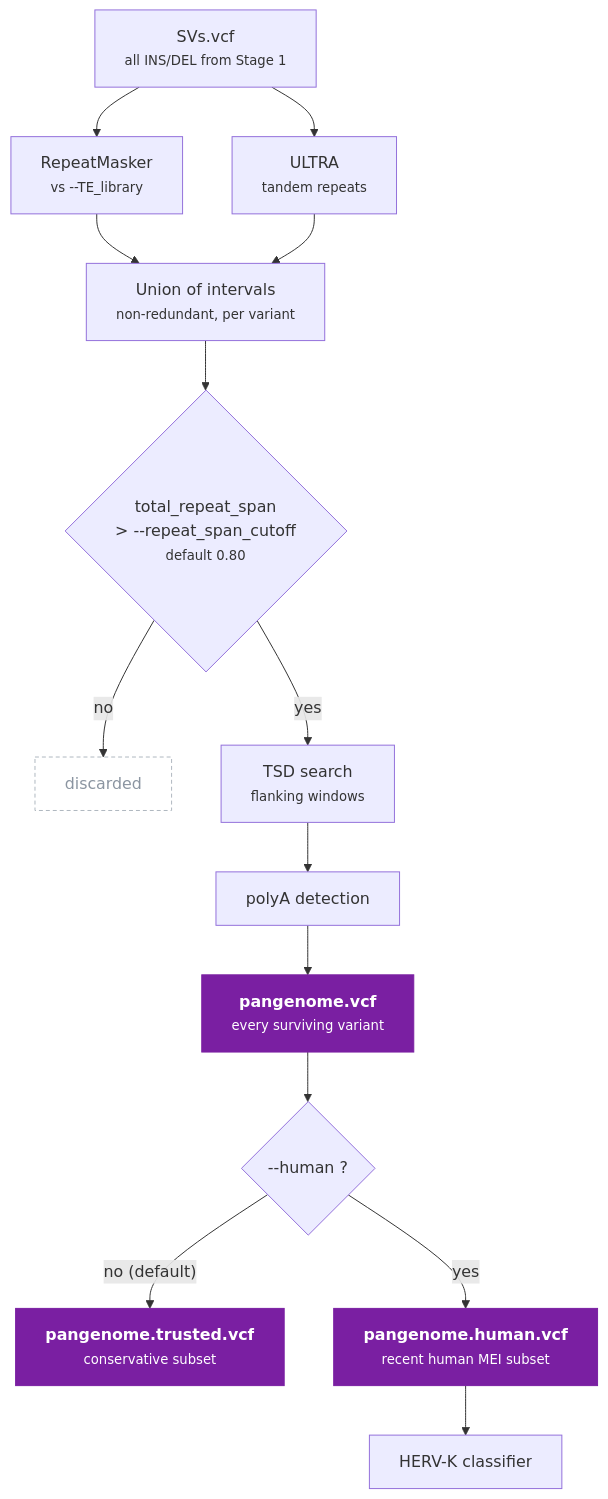
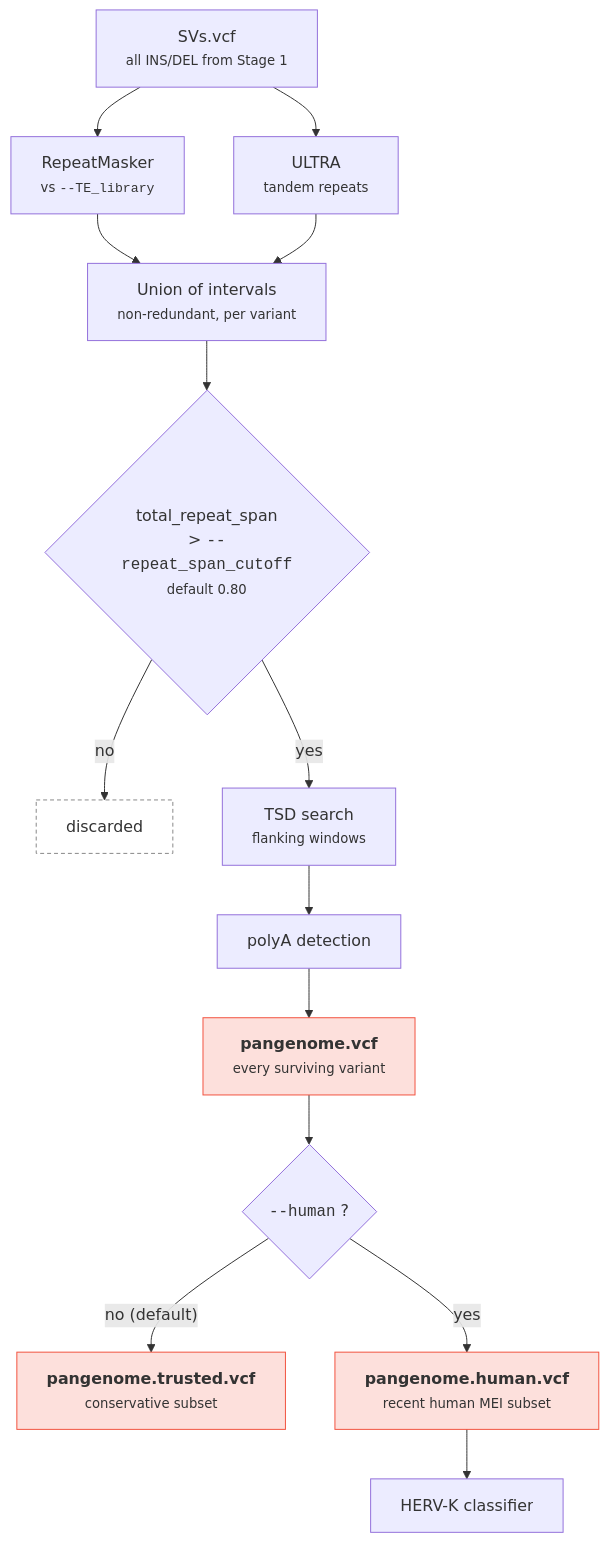
One commit to cgroza/GraffiTE changed the diagram in docs/guides/annotation.md. Above: the diagram before and after it, drawn with Mermaid. The commit also changed 6 other files, not shown here.

````diff
--- a/docs/guides/annotation.md
+++ b/docs/guides/annotation.md
@@ -20,30 +20,30 @@
 ```mermaid
 flowchart TD
     IN["SVs.vcf<br/><small>all INS/DEL from Stage 1</small>"]
-    RM["RepeatMasker<br/><small>vs --TE_library</small>"]
+    RM["RepeatMasker<br/><small>vs <code>--TE_library</code></small>"]
     UL["ULTRA<br/><small>tandem repeats</small>"]
     UN["Union of intervals<br/><small>non-redundant, per variant</small>"]
-    F1{"total_repeat_span<br/>&gt; --repeat_span_cutoff<br/><small>default 0.80</small>"}
+    F1{"total_repeat_span<br/>&gt; <code>--repeat_span_cutoff</code><br/><small>default 0.80</small>"}
     DROP["discarded"]
     TSD["TSD search<br/><small>flanking windows</small>"]
     PA["polyA detection"]
     PG["<b>pangenome.vcf</b><br/><small>every surviving variant</small>"]
-    T{"--human ?"}
+    T{"<code>--human</code> ?"}
     TR["<b>pangenome.trusted.vcf</b><br/><small>conservative subset</small>"]
     HU["<b>pangenome.human.vcf</b><br/><small>recent human MEI subset</small>"]
     HK["HERV-K classifier"]
 
     IN --> RM --> UN
     IN --> UL --> UN
     UN --> F1
     F1 -->|no| DROP
     F1 -->|yes| TSD --> PA --> PG
     PG --> T
     T -->|"no (default)"| TR
     T -->|yes| HU --> HK
 
-    classDef out fill:#7a1fa2,stroke:#7a1fa2,color:#fff;
-    classDef bad fill:none,stroke:#b0b8c0,color:#8b95a1,stroke-dasharray:4 3;
+    classDef out fill:#f2523f2e,stroke:#f2523f;
+    classDef bad fill:none,stroke:#888888,stroke-dasharray:4 3;
     class PG,TR,HU out;
     class DROP bad;
 ```
````
